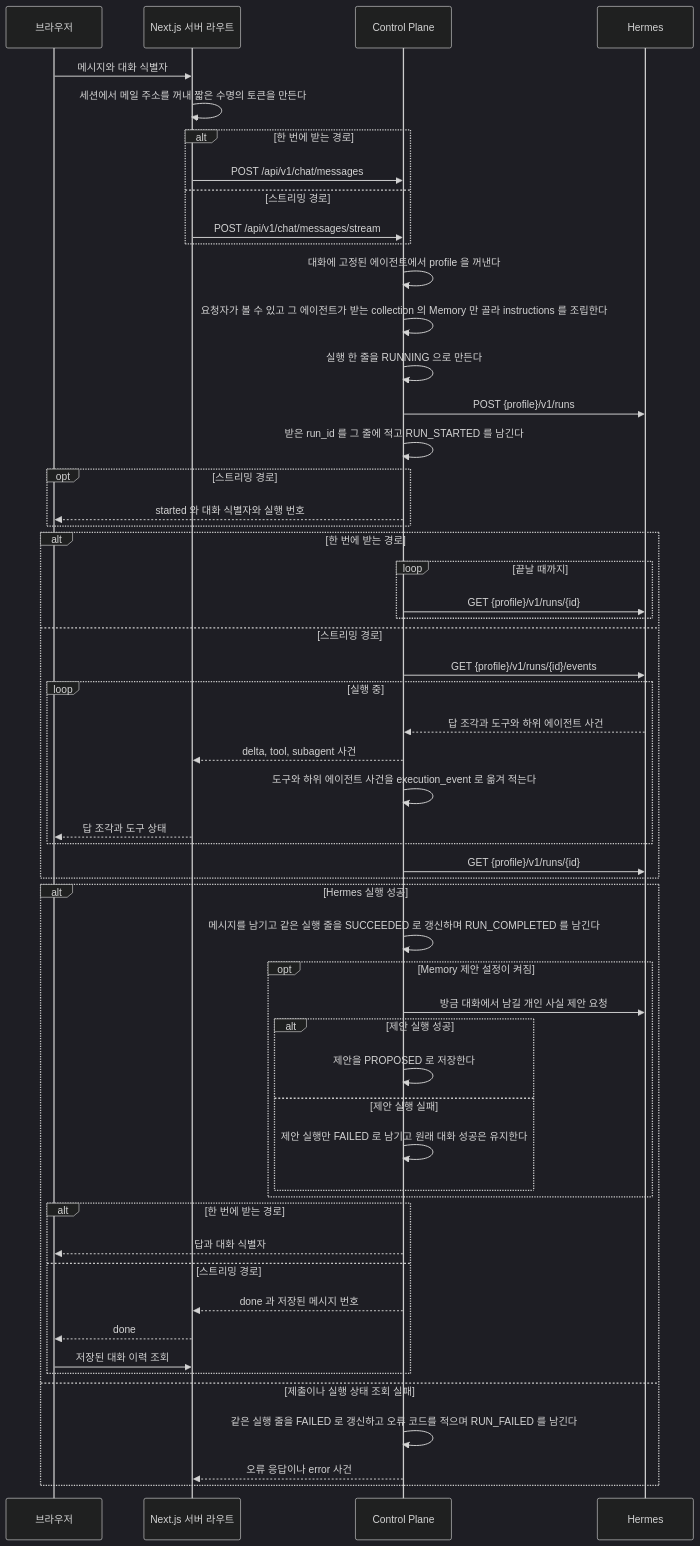
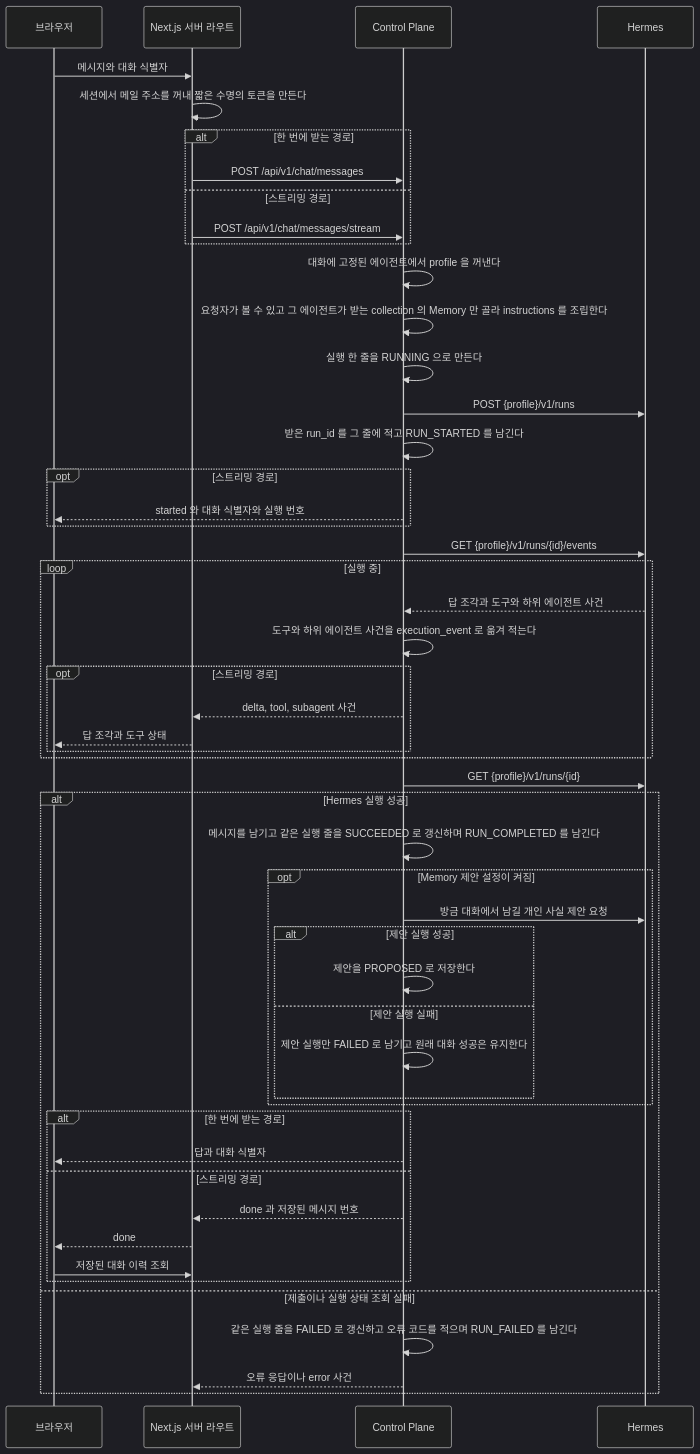
Before and after one commit to jon890/fos-assistant: the second of 6 diagrams in docs/flow.md, drawn with Mermaid (dark theme). The commit also changed other lines of this file and 7 other files, not shown here.

````diff
--- a/docs/flow.md
+++ b/docs/flow.md
@@ -62,58 +62,54 @@
 ```mermaid
 sequenceDiagram
     participant B as 브라우저
     participant W as Next.js 서버 라우트
     participant C as Control Plane
     participant H as Hermes
 
     B->>W: 메시지와 대화 식별자
     W->>W: 세션에서 메일 주소를 꺼내 짧은 수명의 토큰을 만든다
     alt 한 번에 받는 경로
         W->>C: POST /api/v1/chat/messages
     else 스트리밍 경로
         W->>C: POST /api/v1/chat/messages/stream
     end
     C->>C: 대화에 고정된 에이전트에서 profile 을 꺼낸다
     C->>C: 요청자가 볼 수 있고 그 에이전트가 받는 collection 의 Memory 만 골라 instructions 를 조립한다
     C->>C: 실행 한 줄을 RUNNING 으로 만든다
     C->>H: POST {profile}/v1/runs
     C->>C: 받은 run_id 를 그 줄에 적고 RUN_STARTED 를 남긴다
     opt 스트리밍 경로
         C-->>B: started 와 대화 식별자와 실행 번호
     end
-    alt 한 번에 받는 경로
-        loop 끝날 때까지
-            C->>H: GET {profile}/v1/runs/{id}
-        end
-    else 스트리밍 경로
-        C->>H: GET {profile}/v1/runs/{id}/events
-        loop 실행 중
-            H-->>C: 답 조각과 도구와 하위 에이전트 사건
+    C->>H: GET {profile}/v1/runs/{id}/events
+    loop 실행 중
+        H-->>C: 답 조각과 도구와 하위 에이전트 사건
+        C->>C: 도구와 하위 에이전트 사건을 execution_event 로 옮겨 적는다
+        opt 스트리밍 경로
             C-->>W: delta, tool, subagent 사건
-            C->>C: 도구와 하위 에이전트 사건을 execution_event 로 옮겨 적는다
             W-->>B: 답 조각과 도구 상태
         end
-        C->>H: GET {profile}/v1/runs/{id}
     end
+    C->>H: GET {profile}/v1/runs/{id}
     alt Hermes 실행 성공
         C->>C: 메시지를 남기고 같은 실행 줄을 SUCCEEDED 로 갱신하며 RUN_COMPLETED 를 남긴다
         opt Memory 제안 설정이 켜짐
             C->>H: 방금 대화에서 남길 개인 사실 제안 요청
             alt 제안 실행 성공
                 C->>C: 제안을 PROPOSED 로 저장한다
             else 제안 실행 실패
                 C->>C: 제안 실행만 FAILED 로 남기고 원래 대화 성공은 유지한다
             end
         end
         alt 한 번에 받는 경로
             C-->>B: 답과 대화 식별자
         else 스트리밍 경로
             C-->>W: done 과 저장된 메시지 번호
             W-->>B: done
             B->>W: 저장된 대화 이력 조회
         end
     else 제출이나 실행 상태 조회 실패
         C->>C: 같은 실행 줄을 FAILED 로 갱신하고 오류 코드를 적으며 RUN_FAILED 를 남긴다
         C-->>W: 오류 응답이나 error 사건
     end
 ```
````
